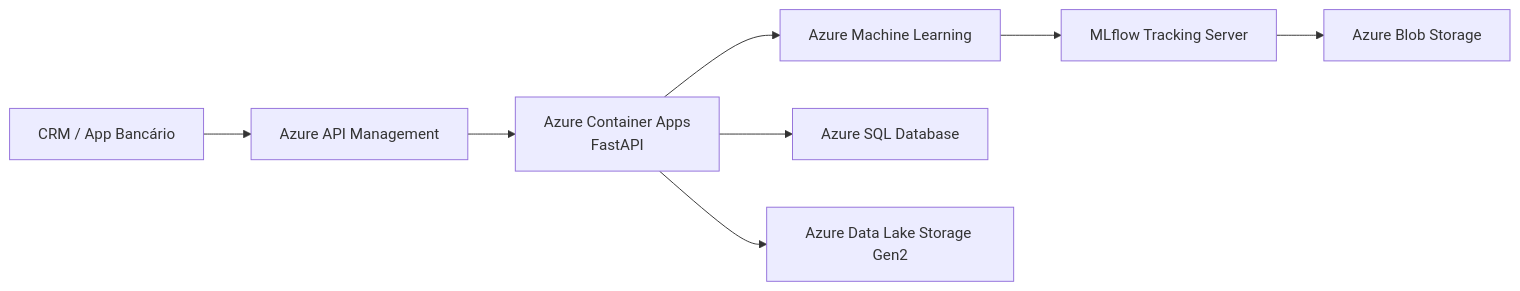
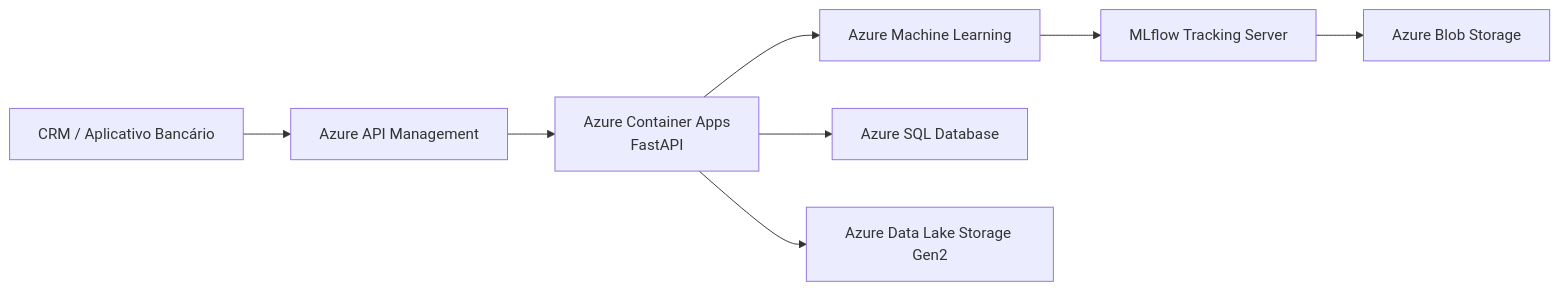
The diagram in README.md (marcelob15/Datathon-7mlet), drawn with Mermaid before and after one commit. The commit also changed other lines of this file, not shown here.

````diff
--- a/README.md
+++ b/README.md
@@ -118,15 +284,15 @@
 ```mermaid
 graph LR
 
-    CLIENT[CRM / App Bancário]
+    CLIENT[CRM / Aplicativo Bancário]
         --> APIM[Azure API Management]
         --> ACA[Azure Container Apps<br/>FastAPI]
 
     ACA --> AML[Azure Machine Learning]
 
     AML --> MLFLOW[MLflow Tracking Server]
     MLFLOW --> BLOB[Azure Blob Storage]
 
     ACA --> SQL[Azure SQL Database]
     ACA --> ADLS[Azure Data Lake Storage Gen2]
 ```
````
